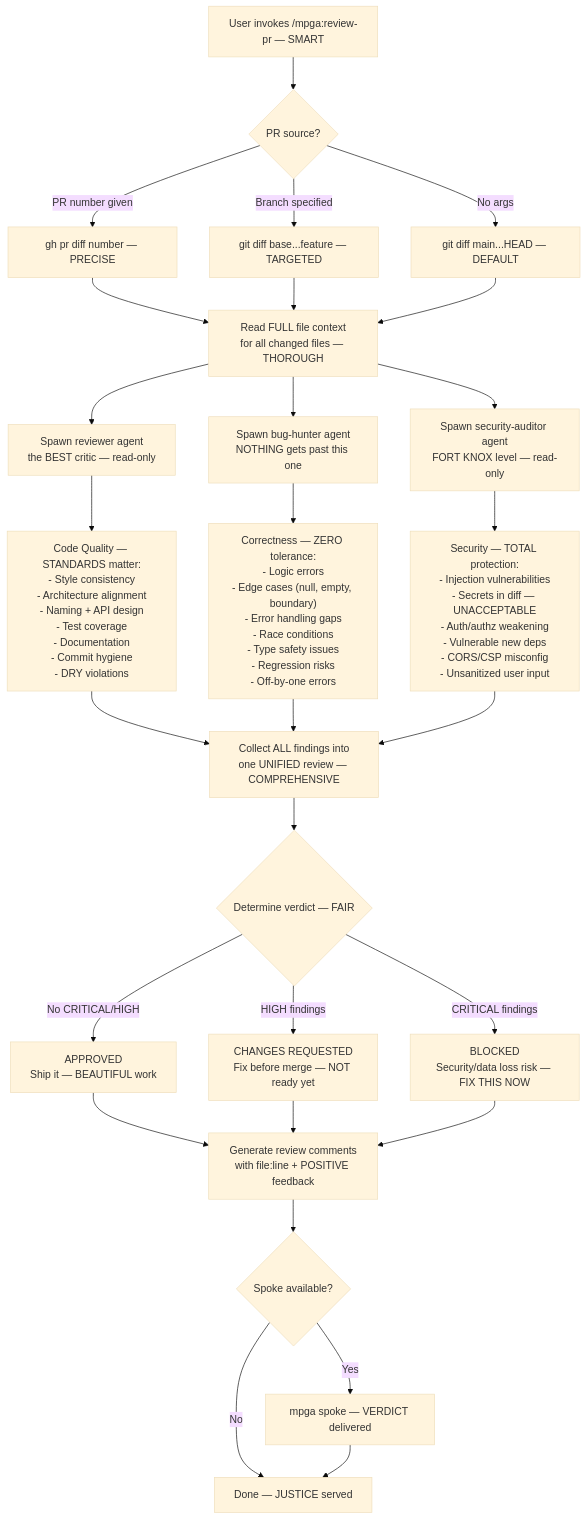
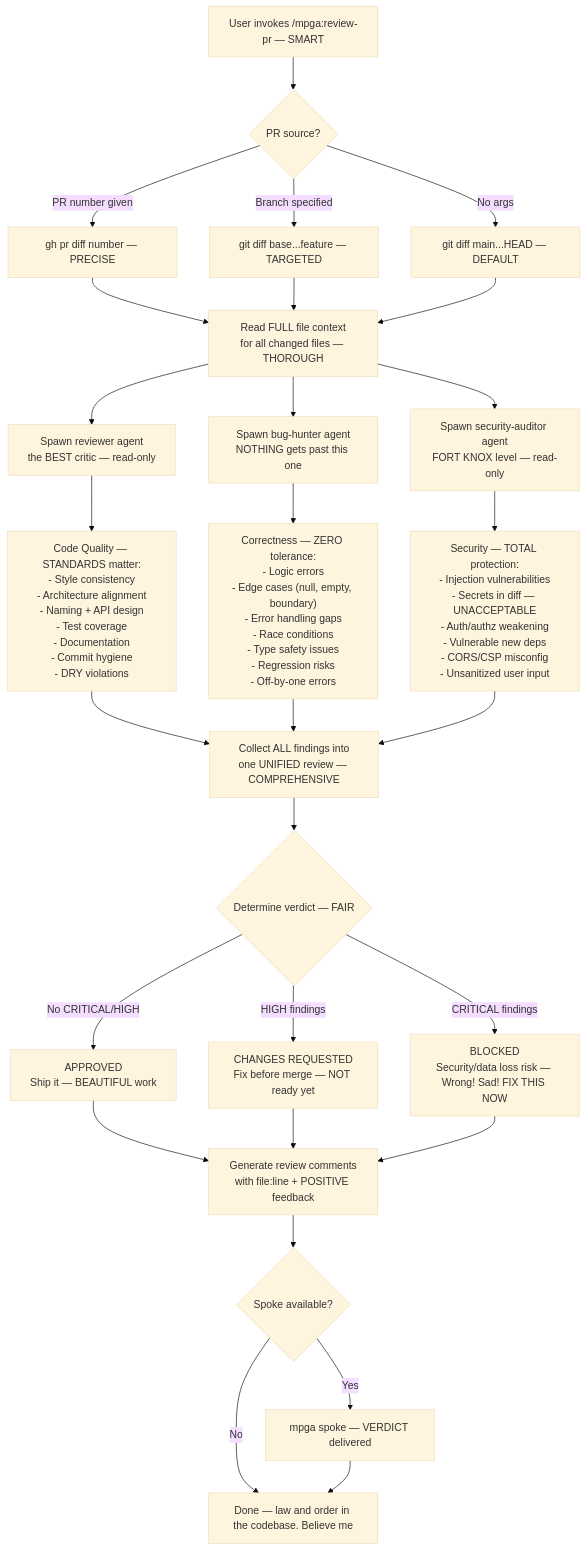
One commit to benrben/MPGA changed the diagram in docs/diagrams/skills/review-pr.md. Above: the diagram before and after it, drawn with Mermaid (base theme). The commit also changed other lines of this file and 80 other files, not shown here.

````diff
--- a/docs/diagrams/skills/review-pr.md
+++ b/docs/diagrams/skills/review-pr.md
@@ -5,39 +5,39 @@
 ```mermaid
 flowchart TD
     A[User invokes /mpga:review-pr — SMART] --> B{PR source?}
     B -->|PR number given| C["gh pr diff number — PRECISE"]
     B -->|Branch specified| D["git diff base...feature — TARGETED"]
     B -->|No args| E["git diff main...HEAD — DEFAULT"]
 
     C --> F[Read FULL file context\nfor all changed files — THOROUGH]
     D --> F
     E --> F
 
     F --> G[Spawn reviewer agent\nthe BEST critic — read-only]
     F --> H[Spawn bug-hunter agent\nNOTHING gets past this one]
     F --> I[Spawn security-auditor agent\nFORT KNOX level — read-only]
 
     G --> J["Code Quality — STANDARDS matter:\n- Style consistency\n- Architecture alignment\n- Naming + API design\n- Test coverage\n- Documentation\n- Commit hygiene\n- DRY violations"]
 
     H --> K["Correctness — ZERO tolerance:\n- Logic errors\n- Edge cases (null, empty, boundary)\n- Error handling gaps\n- Race conditions\n- Type safety issues\n- Regression risks\n- Off-by-one errors"]
 
     I --> L["Security — TOTAL protection:\n- Injection vulnerabilities\n- Secrets in diff — UNACCEPTABLE\n- Auth/authz weakening\n- Vulnerable new deps\n- CORS/CSP misconfig\n- Unsanitized user input"]
 
     J --> M[Collect ALL findings into\none UNIFIED review — COMPREHENSIVE]
     K --> M
     L --> M
 
     M --> N{Determine verdict — FAIR}
     N -->|No CRITICAL/HIGH| O["APPROVED\nShip it — BEAUTIFUL work"]
     N -->|HIGH findings| P["CHANGES REQUESTED\nFix before merge — NOT ready yet"]
-    N -->|CRITICAL findings| Q["BLOCKED\nSecurity/data loss risk — FIX THIS NOW"]
+    N -->|CRITICAL findings| Q["BLOCKED\nSecurity/data loss risk — Wrong! Sad! FIX THIS NOW"]
 
     O --> R[Generate review comments\nwith file:line + POSITIVE feedback]
     P --> R
     Q --> R
 
     R --> S{Spoke available?}
     S -->|Yes| T[mpga spoke — VERDICT delivered]
-    S -->|No| U[Done — JUSTICE served]
+    S -->|No| U[Done — law and order in the codebase. Believe me]
     T --> U
 ```
````
